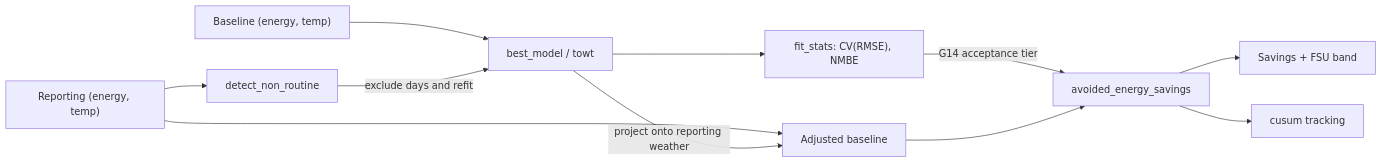
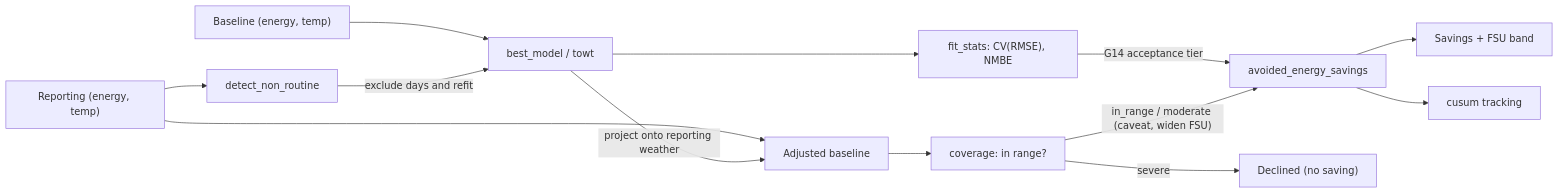
One commit to yroussev/camber changed the diagram in docs/MANDV.md. Above: the diagram before and after it, drawn with Mermaid. The commit also changed other lines of this file and 3 other files, not shown here.

````diff
--- a/docs/MANDV.md
+++ b/docs/MANDV.md
@@ -13,13 +13,15 @@
 ```mermaid
 flowchart LR
     bl["Baseline (energy, temp)"] --> fit["best_model / towt"]
     fit --> gof["fit_stats: CV(RMSE), NMBE"]
     gof -- "G14 acceptance tier" --> avoided
     rep["Reporting (energy, temp)"] --> proj["Adjusted baseline"]
     fit -- "project onto reporting weather" --> proj
-    proj --> avoided["avoided_energy_savings"]
+    proj --> cov["coverage: in range?"]
+    cov -- "in_range / moderate (caveat, widen FSU)" --> avoided["avoided_energy_savings"]
+    cov -- "severe" --> declined["Declined (no saving)"]
     avoided --> out["Savings + FSU band"]
     rep --> nre["detect_non_routine"]
     nre -- "exclude days and refit" --> fit
     avoided --> cusum["cusum tracking"]
 ```
````
